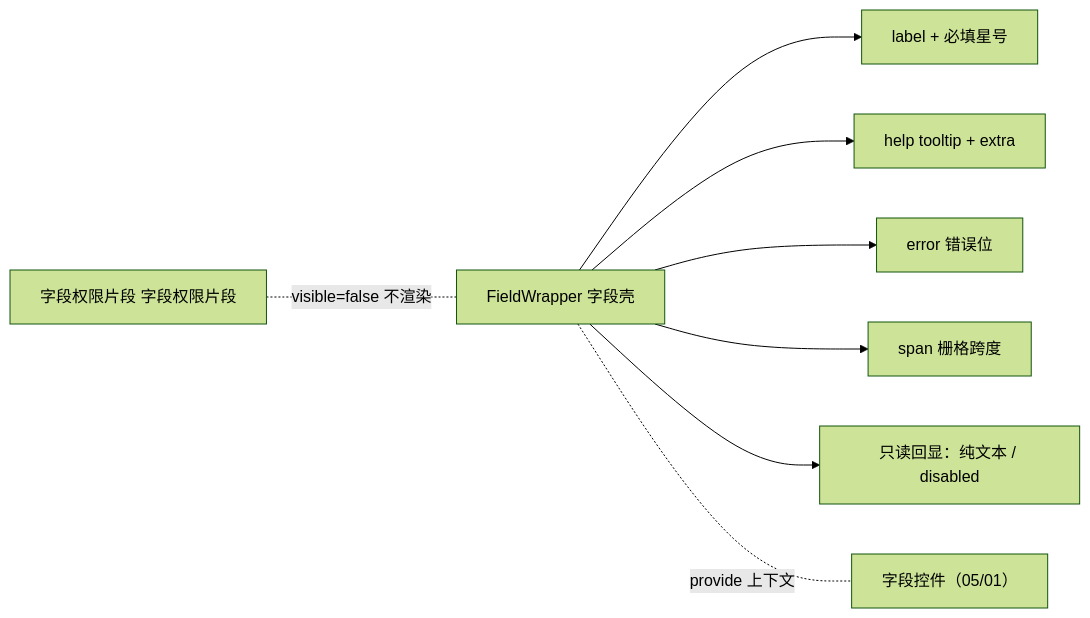
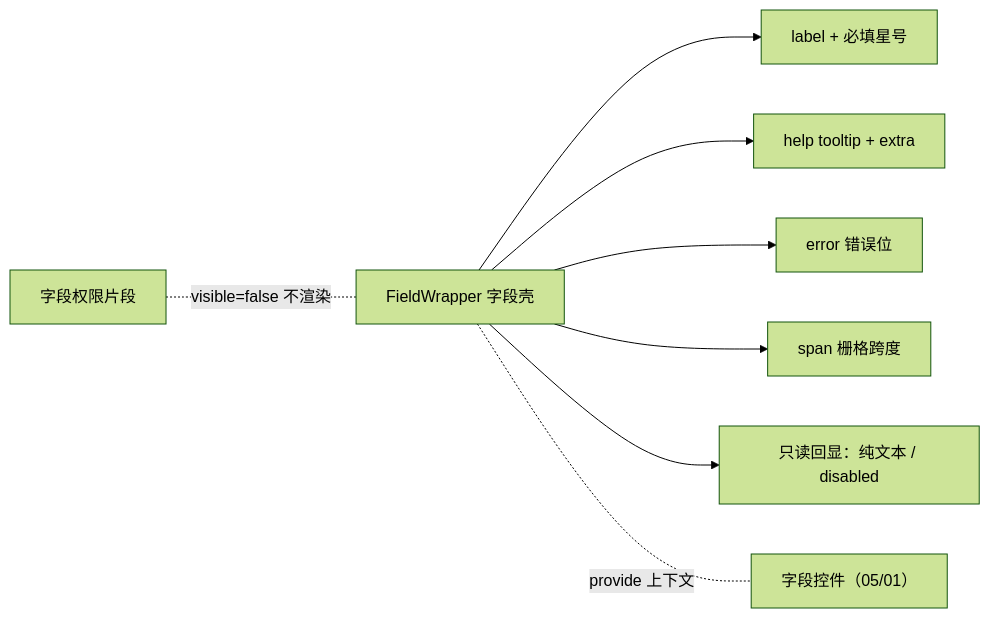
The diagram in bms文档/设计/组件设计/02_基础组件类/02_能力片段/10_组件设计_字段壳片段/10_组件设计_字段壳片段.md (minjian123/basic-management-system), drawn with Mermaid (forest theme) before and after one commit. The commit also changed other lines of this file and 91 other files, not shown here.

Commit message:
docs(组件库): 组件设计正文编号引用清理（改为名称定位，保留目录与路线图编号）

````diff
--- a/bms文档/设计/组件设计/02_基础组件类/02_能力片段/10_组件设计_字段壳片段/10_组件设计_字段壳片段.md
+++ b/bms文档/设计/组件设计/02_基础组件类/02_能力片段/10_组件设计_字段壳片段/10_组件设计_字段壳片段.md
@@ -15,10 +15,10 @@
 ```mermaid
 flowchart LR
     W["FieldWrapper 字段壳"] --> L["label + 必填星号"]
     W --> H["help tooltip + extra"]
     W --> E["error 错误位"]
     W --> S["span 栅格跨度"]
     W --> R["只读回显：纯文本 / disabled"]
     W -.provide 上下文.- C["字段控件（05/01）"]
-    P["字段权限片段 字段权限片段"] -.visible=false 不渲染.- W
+    P["字段权限片段"] -.visible=false 不渲染.- W
 ```
````
